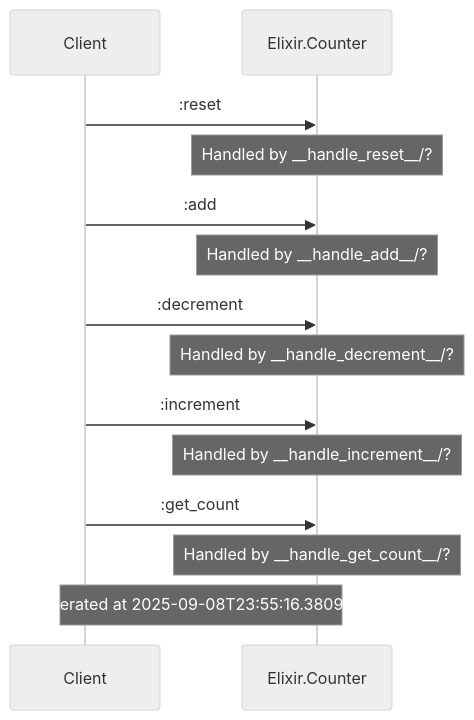
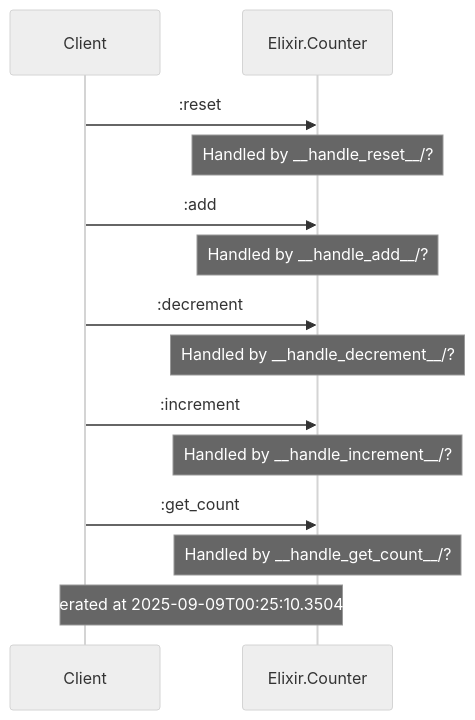
Before and after one commit to anoma/engine: the diagram in docs/diagrams/Elixir.Counter.md, drawn with Mermaid (neutral theme). The commit also changed other lines of this file and 27 other files, not shown here.

````diff
--- a/docs/diagrams/Elixir.Counter.md
+++ b/docs/diagrams/Elixir.Counter.md
@@ -5,18 +5,18 @@
 ```mermaid
 sequenceDiagram
     participant Client
     participant Elixir.Examples.CounterEngine as Elixir.Counter
     Client->>Elixir.Examples.CounterEngine: :reset
     Note over Elixir.Examples.CounterEngine: Handled by __handle_reset__/?
     Client->>Elixir.Examples.CounterEngine: :add
     Note over Elixir.Examples.CounterEngine: Handled by __handle_add__/?
     Client->>Elixir.Examples.CounterEngine: :decrement
     Note over Elixir.Examples.CounterEngine: Handled by __handle_decrement__/?
     Client->>Elixir.Examples.CounterEngine: :increment
     Note over Elixir.Examples.CounterEngine: Handled by __handle_increment__/?
     Client->>Elixir.Examples.CounterEngine: :get_count
     Note over Elixir.Examples.CounterEngine: Handled by __handle_get_count__/?
 
-Note over Client, Elixir.Examples.CounterEngine: Generated at 2025-09-08T23:55:16.380932Z
+Note over Client, Elixir.Examples.CounterEngine: Generated at 2025-09-09T00:25:10.350492Z
 
 ```
````
